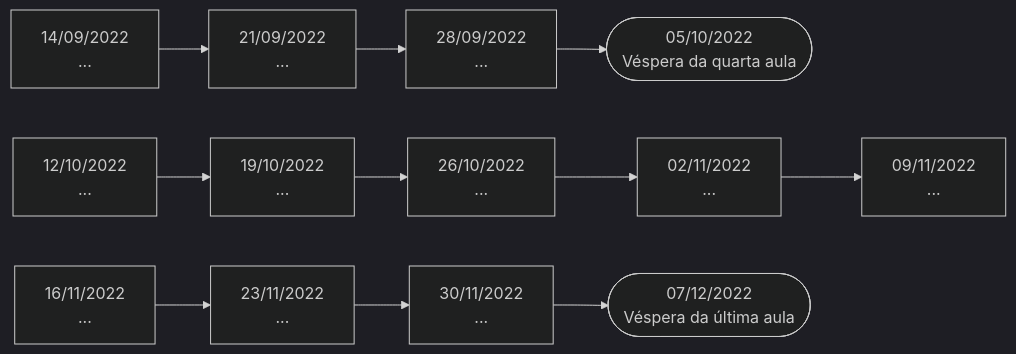
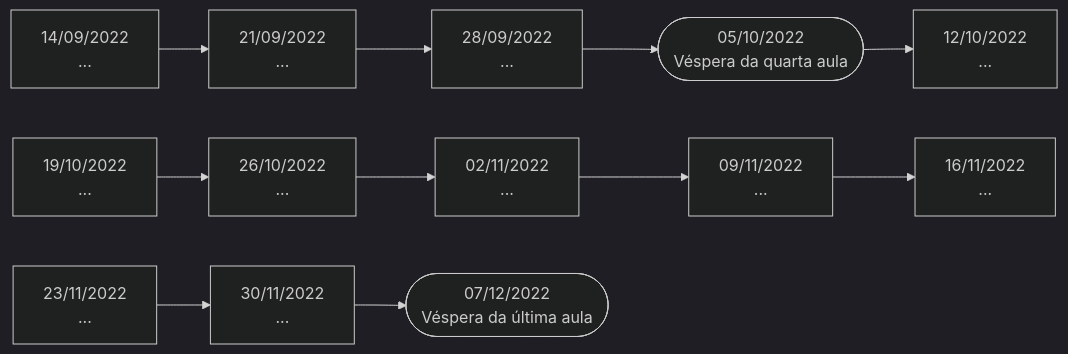
Before and after one commit to GusFiuza/MBA-FIAP: the diagram in StartupOne/timeline.md, drawn with Mermaid (dark theme).

Commit message:
Ajuste nos blocos da timeline

````diff
--- a/StartupOne/timeline.md
+++ b/StartupOne/timeline.md
@@ -3,16 +3,16 @@
 ```mermaid
 flowchart LR
     M[14/09/2022\n...] -->
     L[21/09/2022\n...] -->
     K[28/09/2022\n...] -->
-    J([05/10/2022\nVéspera da quarta aula])
-    I[12/10/2022\n...] -->
+    J([05/10/2022\nVéspera da quarta aula]) -->
+    I[12/10/2022\n...]
     H[19/10/2022\n...] -->
     G[26/10/2022\n...] -->
     F[02/11/2022\n...] -->
-    E[09/11/2022\n...]
-    D[16/11/2022\n...] -->
+    E[09/11/2022\n...] -->
+    D[16/11/2022\n...]
     C[23/11/2022\n...] -->
     B[30/11/2022\n...] -->
     A([07/12/2022\nVéspera da última aula])
 ```
````
